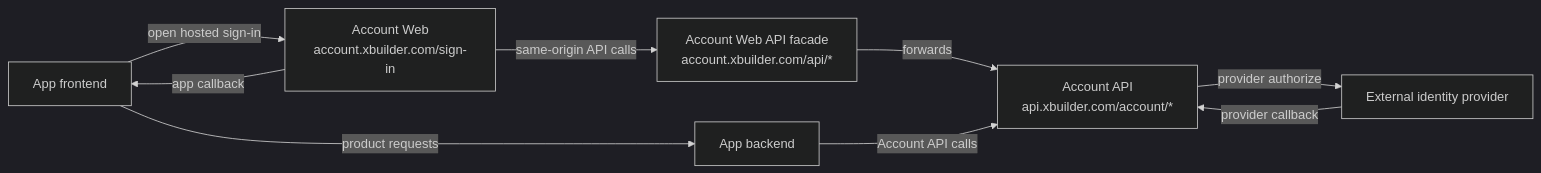
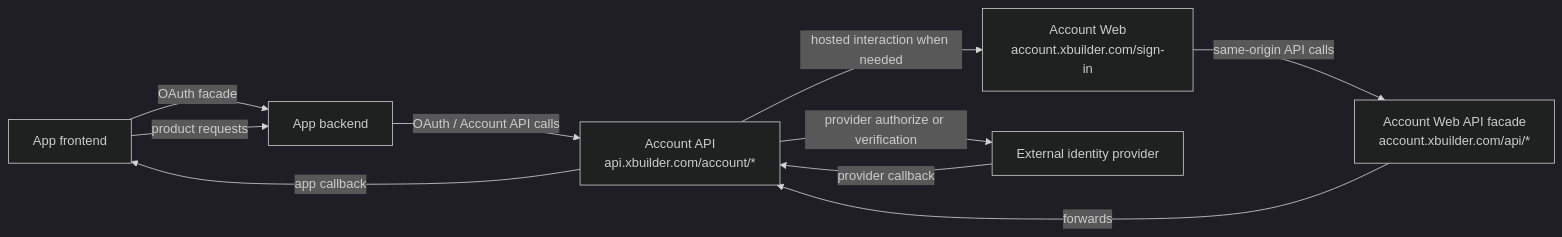
One commit to goplus/builder changed the second of 3 diagrams in docs/product/account.md. Above: the diagram before and after it, drawn with Mermaid (dark theme). The commit also changed other lines of this file and 2 other files, not shown here.

First line of the commit message:
docs(account): clarify OAuth handoff authorization flow

````diff
--- a/docs/product/account.md
+++ b/docs/product/account.md
@@ -251,18 +251,19 @@
 ```mermaid
 flowchart LR
     App["App frontend"]
     AppBackend["App backend"]
     AccountWeb["Account Web<br/>account.xbuilder.com/sign-in"]
     AccountFacade["Account Web API facade<br/>account.xbuilder.com/api/*"]
     AccountAPI["Account API<br/>api.xbuilder.com/account/*"]
     Provider["External identity provider"]
 
-    App -->|open hosted sign-in| AccountWeb
+    App -->|OAuth facade| AppBackend
+    AppBackend -->|OAuth / Account API calls| AccountAPI
+    AccountAPI -->|hosted interaction when needed| AccountWeb
     AccountWeb -->|same-origin API calls| AccountFacade
     AccountFacade -->|forwards| AccountAPI
-    AccountAPI -->|provider authorize| Provider
+    AccountAPI -->|provider authorize or verification| Provider
     Provider -->|provider callback| AccountAPI
-    AccountWeb -->|app callback| App
+    AccountAPI -->|app callback| App
     App -->|product requests| AppBackend
-    AppBackend -->|Account API calls| AccountAPI
 ```
````
